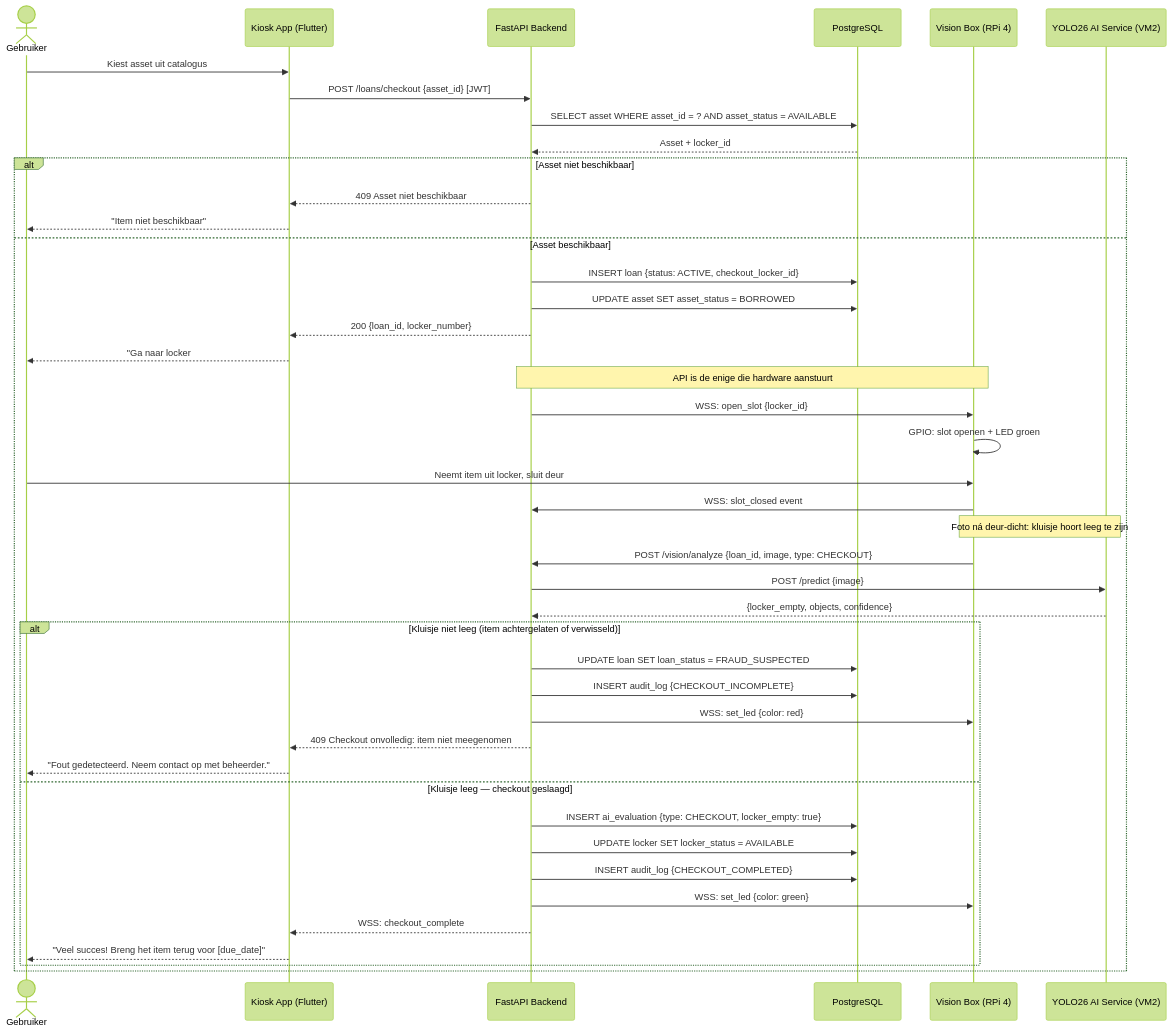
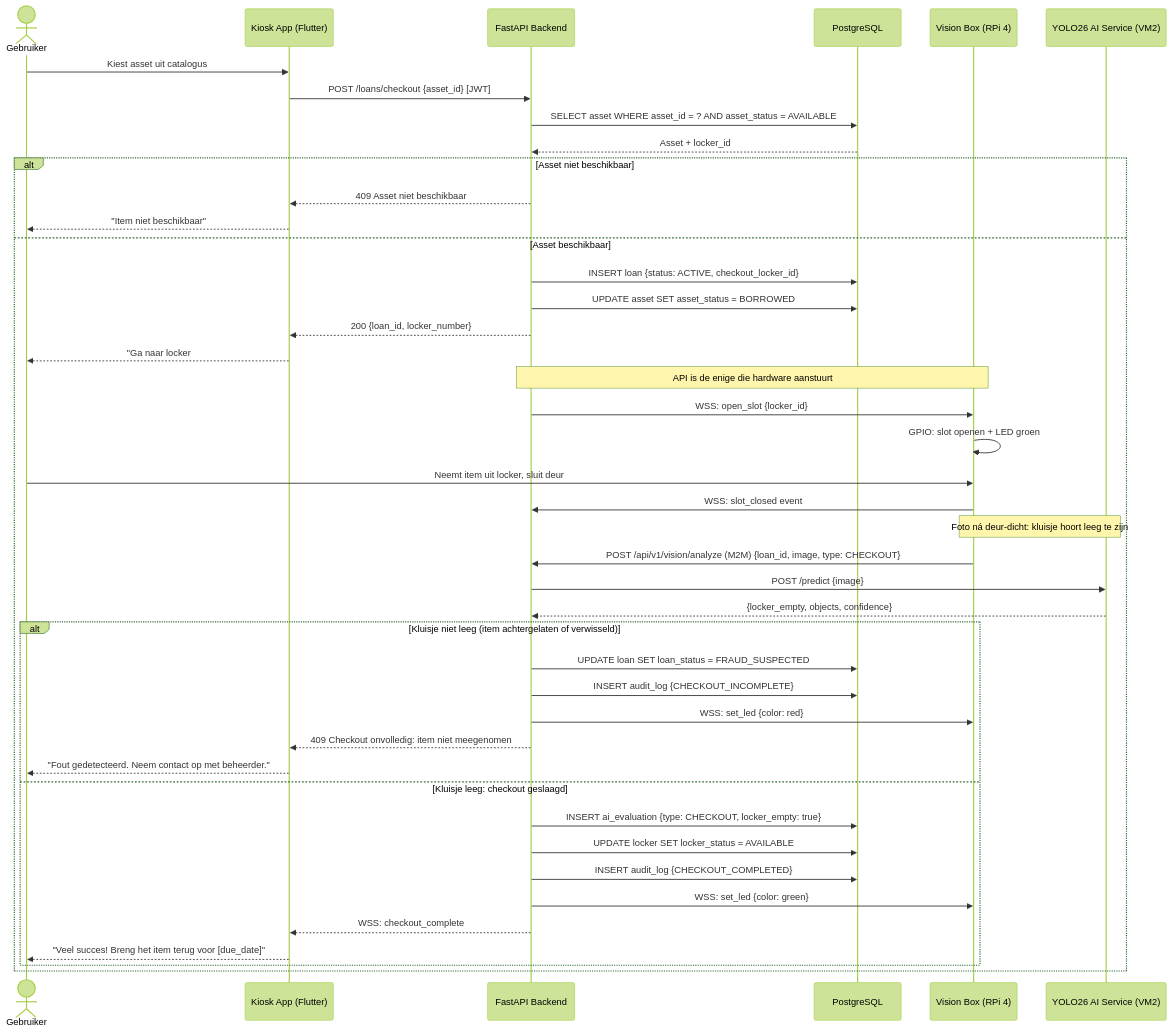
One commit to easylend-practice-enterprise/easylend changed the second of 4 diagrams in docs/workflows.md. Above: the diagram before and after it, drawn with Mermaid (forest theme). The commit also changed other lines of this file and 7 other files, not shown here.

````diff
--- a/docs/workflows.md
+++ b/docs/workflows.md
@@ -68,51 +68,51 @@
 ```mermaid
 sequenceDiagram
     actor User as Gebruiker
     participant App as Kiosk App (Flutter)
     participant API as FastAPI Backend
     participant DB as PostgreSQL
     participant VB as Vision Box (RPi 4)
     participant AI as YOLO26 AI Service (VM2)
 
     User->>App: Kiest asset uit catalogus
     App->>API: POST /loans/checkout {asset_id} [JWT]
     API->>DB: SELECT asset WHERE asset_id = ? AND asset_status = AVAILABLE
     DB-->>API: Asset + locker_id
 
     alt Asset niet beschikbaar
         API-->>App: 409 Asset niet beschikbaar
         App-->>User: "Item niet beschikbaar"
     else Asset beschikbaar
         API->>DB: INSERT loan {status: ACTIVE, checkout_locker_id}
         API->>DB: UPDATE asset SET asset_status = BORROWED
         API-->>App: 200 {loan_id, locker_number}
         App-->>User: "Ga naar locker #N"
 
         Note over API,VB: API is de enige die hardware aanstuurt
         API->>VB: WSS: open_slot {locker_id}
         VB->>VB: GPIO: slot openen + LED groen
 
         User->>VB: Neemt item uit locker, sluit deur
         VB->>API: WSS: slot_closed event
 
         Note over VB,AI: Foto ná deur-dicht: kluisje hoort leeg te zijn
-        VB->>API: POST /vision/analyze {loan_id, image, type: CHECKOUT}
+        VB->>API: POST /api/v1/vision/analyze (M2M) {loan_id, image, type: CHECKOUT}
         API->>AI: POST /predict {image}
         AI-->>API: {locker_empty, objects, confidence}
 
         alt Kluisje niet leeg (item achtergelaten of verwisseld)
             API->>DB: UPDATE loan SET loan_status = FRAUD_SUSPECTED
             API->>DB: INSERT audit_log {CHECKOUT_INCOMPLETE}
             API->>VB: WSS: set_led {color: red}
             API-->>App: 409 Checkout onvolledig: item niet meegenomen
             App-->>User: "Fout gedetecteerd. Neem contact op met beheerder."
-        else Kluisje leeg — checkout geslaagd
+        else Kluisje leeg: checkout geslaagd
             API->>DB: INSERT ai_evaluation {type: CHECKOUT, locker_empty: true}
             API->>DB: UPDATE locker SET locker_status = AVAILABLE
             API->>DB: INSERT audit_log {CHECKOUT_COMPLETED}
             API->>VB: WSS: set_led {color: green}
             API-->>App: WSS: checkout_complete
             App-->>User: "Veel succes! Breng het item terug voor [due_date]"
         end
     end
 ```
````
